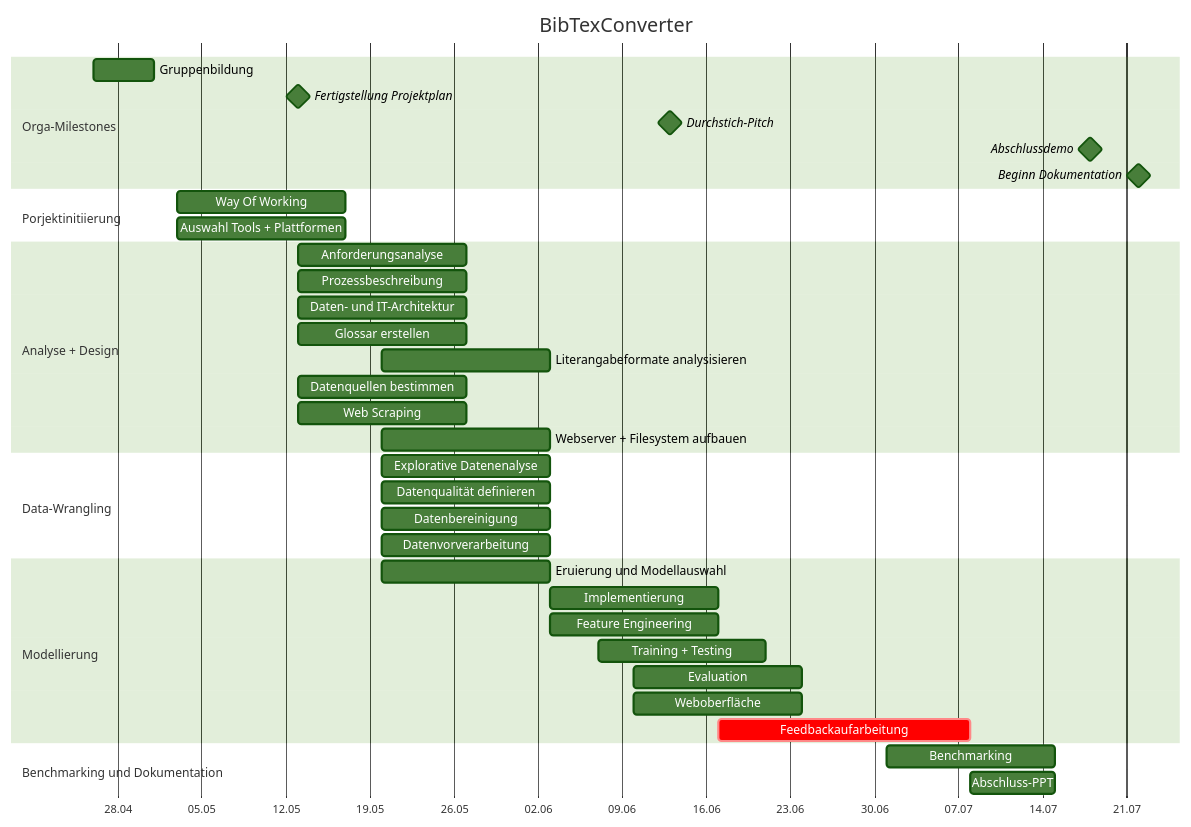
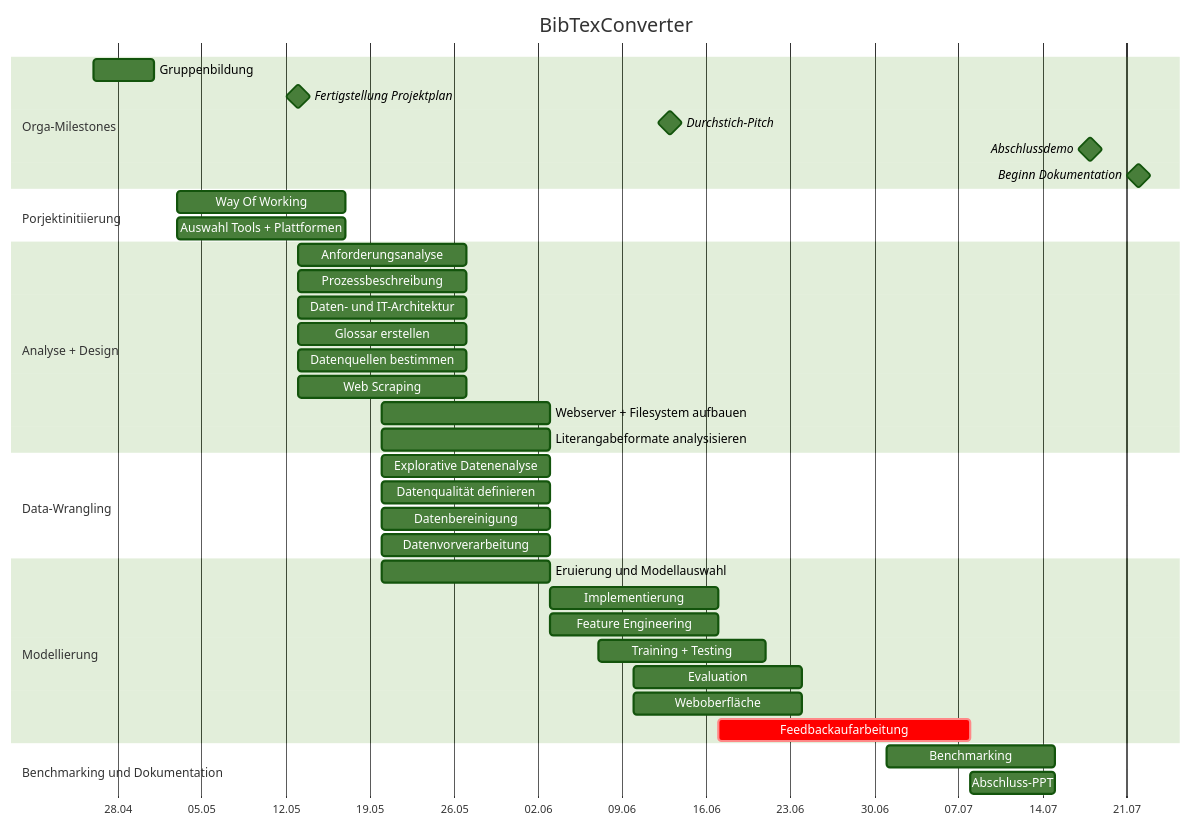
One commit to LaGit93/bibTexConverter_FaPra63065 changed the diagram in README.md. Above: the diagram before and after it, drawn with Mermaid (forest theme).

```diff
--- a/README.md
+++ b/README.md
@@ -93,10 +93,10 @@
         Prozessbeschreibung: P02, 13.05.2024, 14d
         Daten- und IT-Architektur : P03, 13.05.2024, 14d
         Glossar erstellen : P05, 13.05.2024, 14d
-        Literangabeformate analysisieren : P06, 20.05.2024, 14d
         Datenquellen bestimmen : P07, 13.05.2024, 14d
         Web Scraping : P08, 13.05.2024, 14d
         Webserver + Filesystem aufbauen : P09, 20.05.2024, 14d
+        Literangabeformate analysisieren : P10, 20.05.2024, 14d
     
     section Data-Wrangling
 
```
